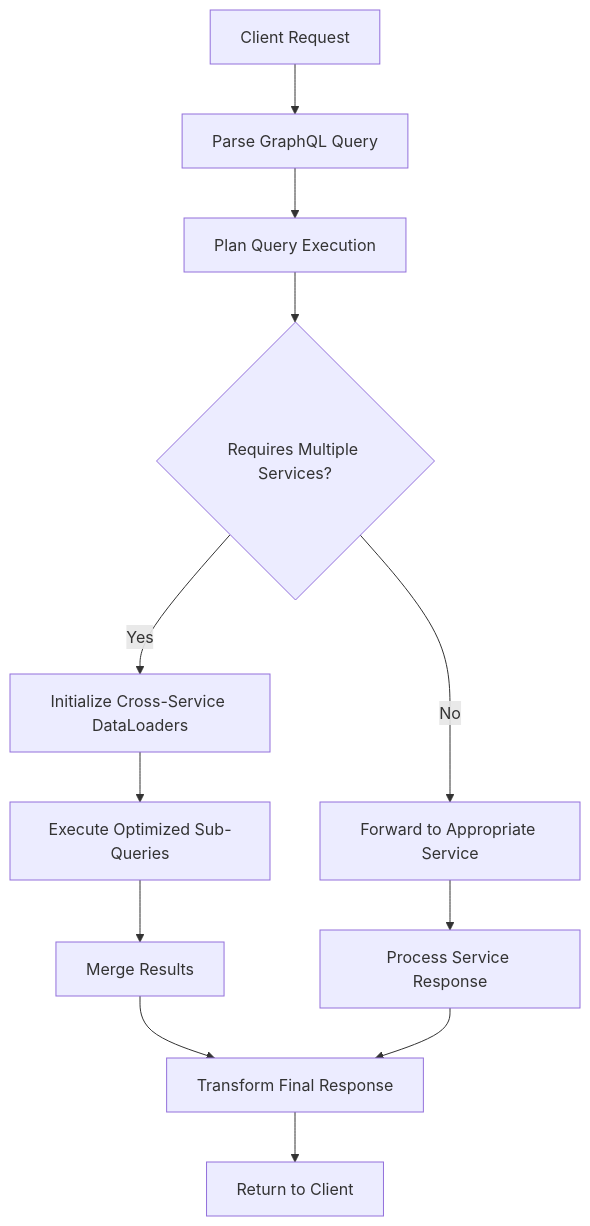
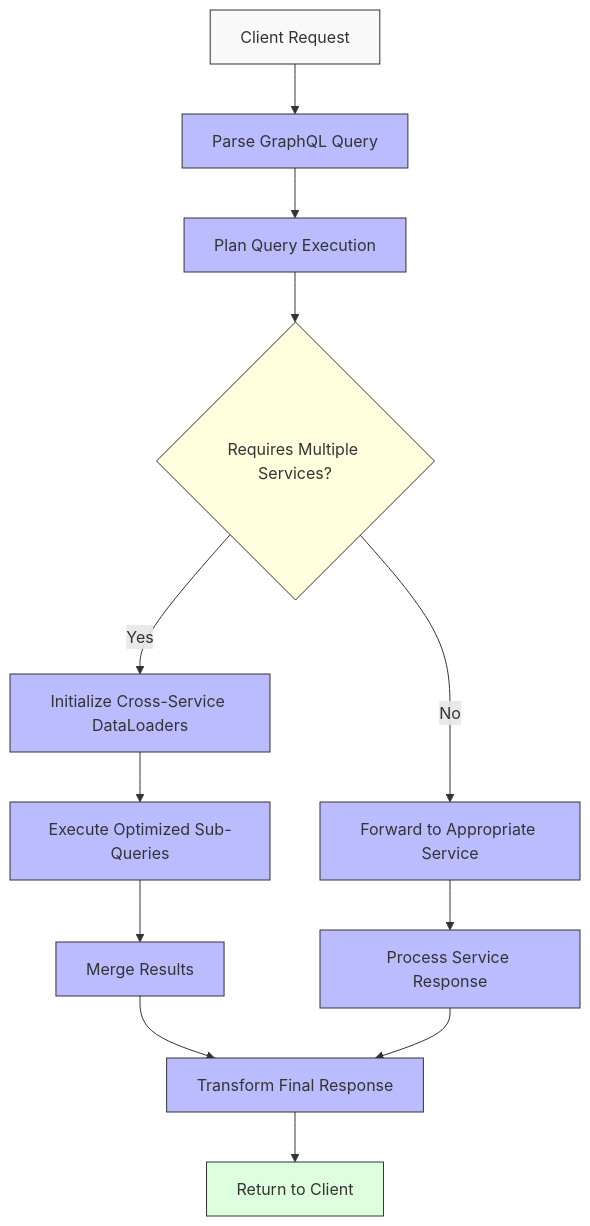
The third of 3 diagrams in docs/tdd/lld.md (vinodhj/graphql-gateway-microservices), drawn with Mermaid before and after one commit. The commit also changed other lines of this file and 5 other files, not shown here.

Commit message:
docs diagram updated

````diff
--- a/docs/tdd/lld.md
+++ b/docs/tdd/lld.md
@@ -176,14 +190,28 @@
 ```mermaid
 flowchart TD
     A[Client Request] --> B[Parse GraphQL Query]
     B --> C[Plan Query Execution]
     C --> D{Requires Multiple Services?}
+
     D -- Yes --> E[Initialize Cross-Service DataLoaders]
     D -- No --> F[Forward to Appropriate Service]
+
     E --> G[Execute Optimized Sub-Queries]
     F --> H[Process Service Response]
+
     G --> I[Merge Results]
     I --> J[Transform Final Response]
     H --> J
+
     J --> K[Return to Client]
+
+    classDef start fill:#f9f9f9,stroke:#333,stroke-width:1px
+    classDef process fill:#bbf,stroke:#333,stroke-width:1px
+    classDef decision fill:#ffd,stroke:#333,stroke-width:1px
+    classDef endNode fill:#dfd,stroke:#333,stroke-width:1px
+
+    class A start
+    class D decision
+    class B,C,E,F,G,H,I,J process
+    class K endNode
 ```
````
